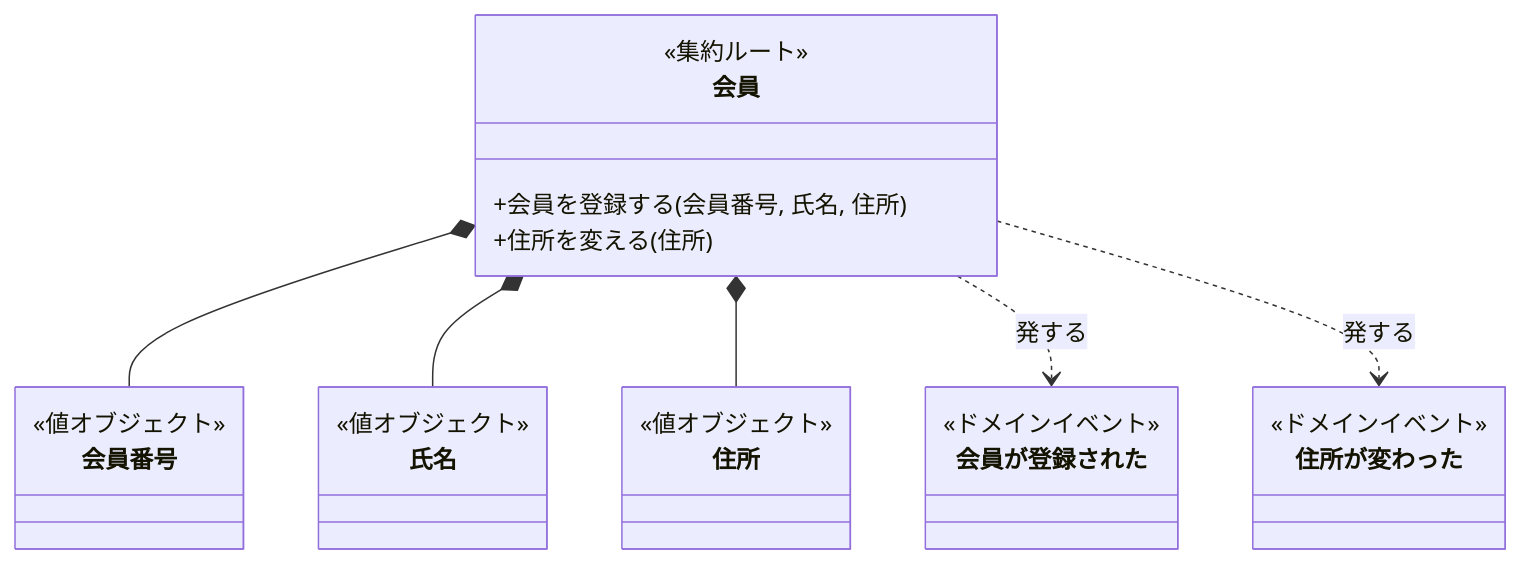
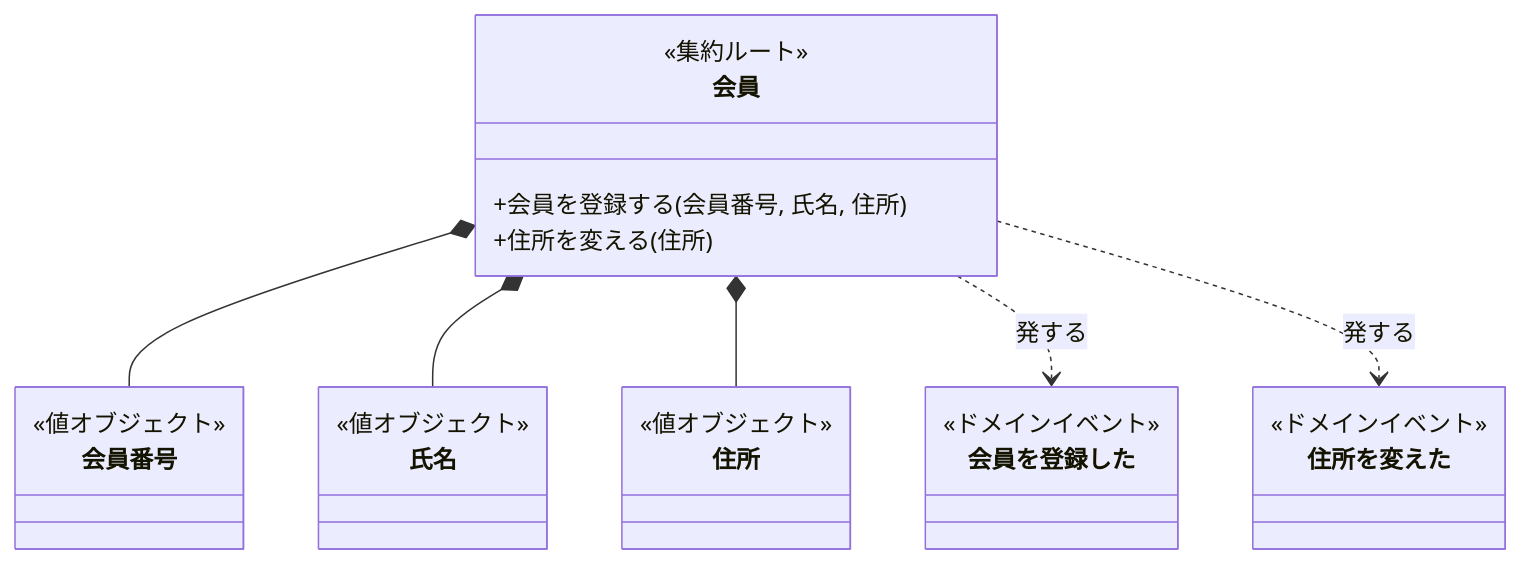
One commit to nakamori-naoya/domain-modeling-plugins changed the diagram in tests/fixtures/member-directory/domain-model.md. Above: the diagram before and after it, drawn with Mermaid. The commit also changed 13 other files, not shown here.

````diff
--- a/tests/fixtures/member-directory/domain-model.md
+++ b/tests/fixtures/member-directory/domain-model.md
@@ -7,28 +7,28 @@
 ```mermaid
 classDiagram
     class Member["会員"] {
         <<集約ルート>>
         +会員を登録する(会員番号, 氏名, 住所)
         +住所を変える(住所)
     }
     class MemberNo["会員番号"] {
         <<値オブジェクト>>
     }
     class Name["氏名"] {
         <<値オブジェクト>>
     }
     class Address["住所"] {
         <<値オブジェクト>>
     }
-    class Registered["会員が登録された"] {
+    class Registered["会員を登録した"] {
         <<ドメインイベント>>
     }
-    class Moved["住所が変わった"] {
+    class Moved["住所を変えた"] {
         <<ドメインイベント>>
     }
     Member *-- MemberNo
     Member *-- Name
     Member *-- Address
     Member ..> Registered : 発する
     Member ..> Moved : 発する
 ```
````
